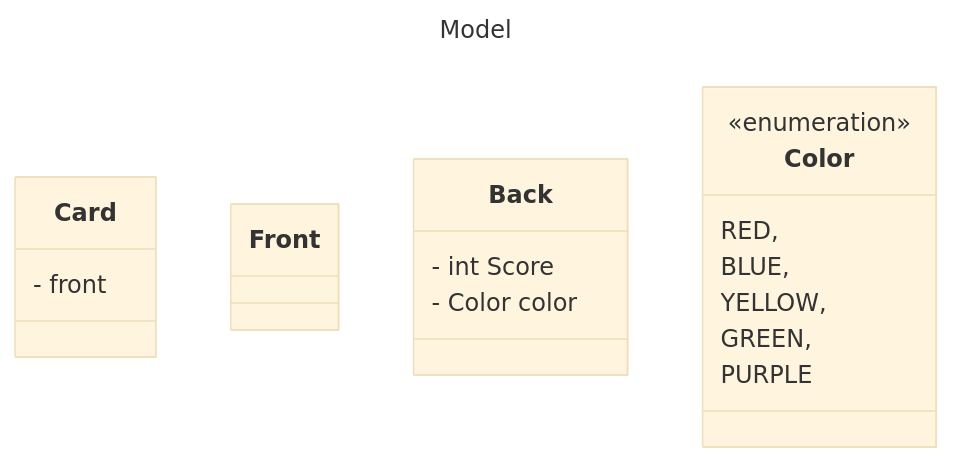
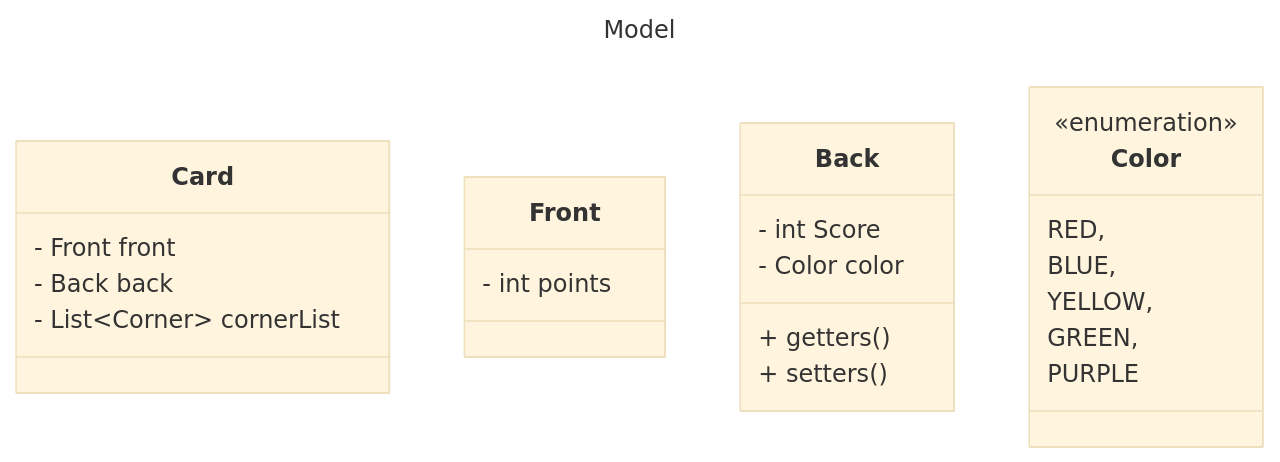
Before and after one commit to 1Alessio6/CodexNaturalis: the diagram in model-uml.md, drawn with Mermaid (base theme). The commit also changed other lines of this file, not shown here.

Commit message:
added todo in model-uml

````diff
--- a/model-uml.md
+++ b/model-uml.md
@@ -1,24 +1,31 @@
 ``` mermaid
 ---
 title: Model
 ---
 classDiagram
     class Card {
-        - front
+        - Front front
+        - Back back
+        - List~Corner~ cornerList
     }
 
 
-    class Front
-    class Back
-        Back: - int Score
-        Back: - Color color
+    class Front {
+        - int points
+    }
+    class Back {
+        - int Score
+        - Color color
+        + getters()
+        + setters()
+    }
 
     class Color{
         <<enumeration>>
         RED,
         BLUE,
         YELLOW,
         GREEN,
         PURPLE
     }
 ```
````
